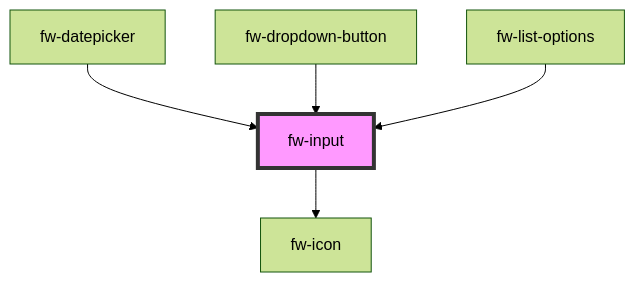
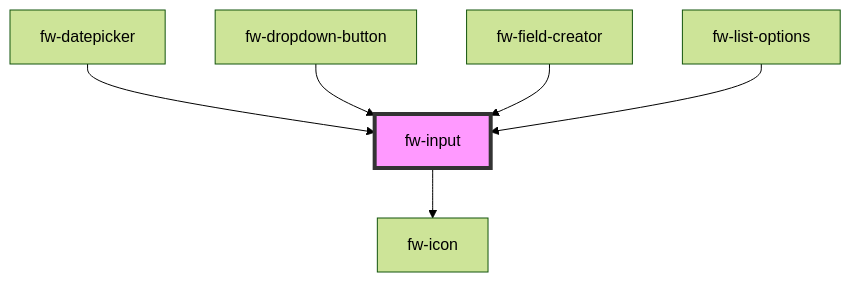
One commit to freshworks/crayons changed the diagram in packages/crayons-core/src/components/input/readme.md. Above: the diagram before and after it, drawn with Mermaid (forest theme). The commit also changed other lines of this file and 13 other files, not shown here.

````diff
--- a/packages/crayons-core/src/components/input/readme.md
+++ b/packages/crayons-core/src/components/input/readme.md
@@ -198,8 +199,9 @@
 ```mermaid
 graph TD;
   fw-input --> fw-icon
   fw-datepicker --> fw-input
   fw-dropdown-button --> fw-input
+  fw-field-creator --> fw-input
   fw-list-options --> fw-input
   style fw-input fill:#f9f,stroke:#333,stroke-width:4px
 ```
````
